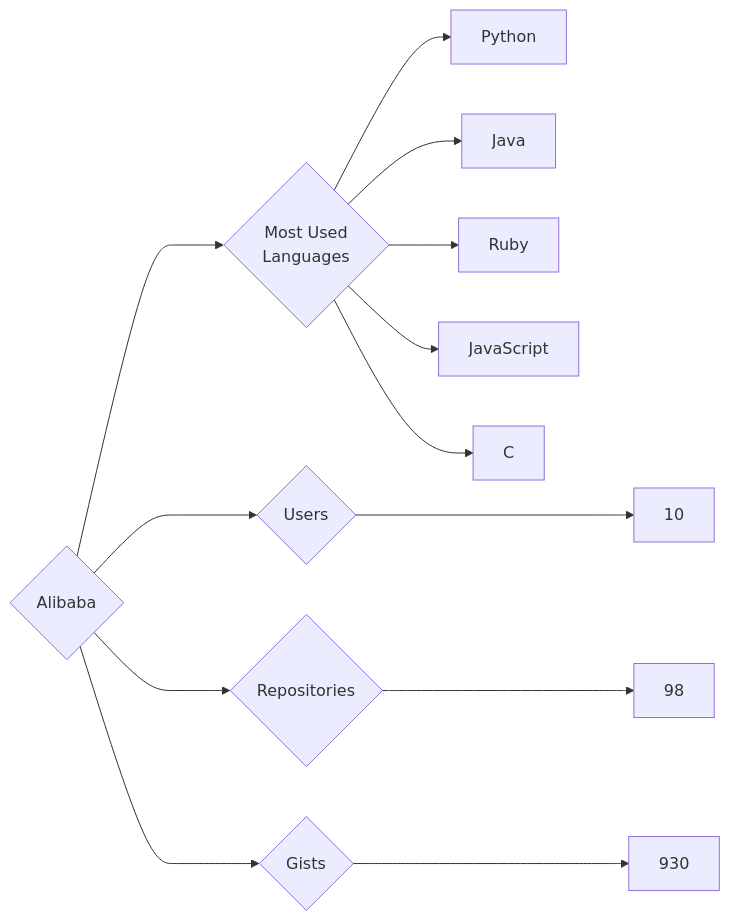
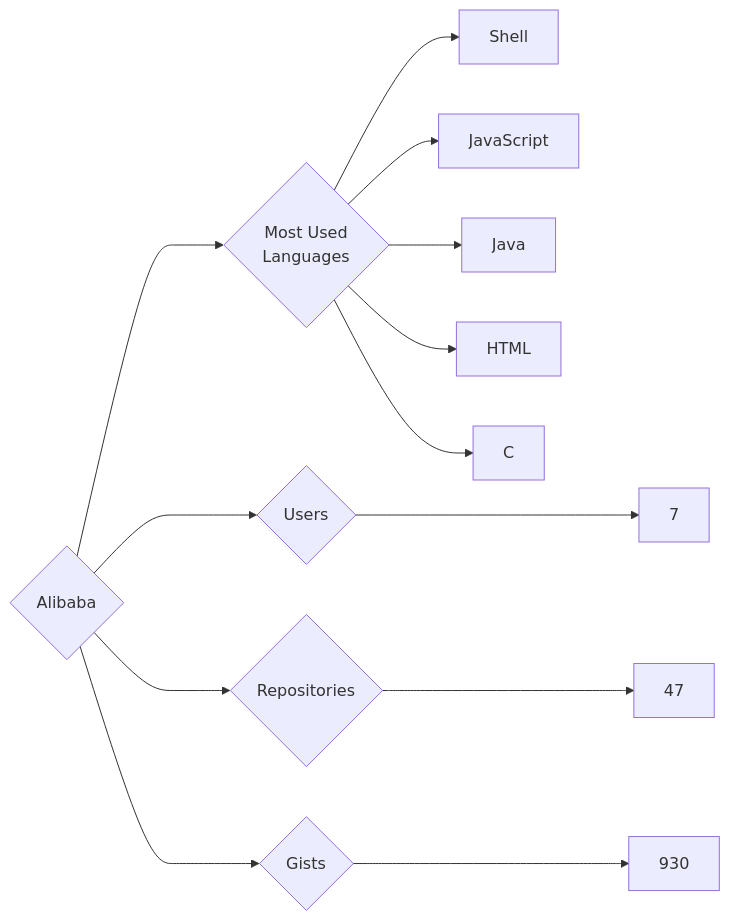
Before and after one commit to trickest/insiders: the diagram in targets/Alibaba/README.md, drawn with Mermaid. The commit also changed 840 other files, not shown here.

````diff
--- a/targets/Alibaba/README.md
+++ b/targets/Alibaba/README.md
@@ -3,13 +3,13 @@
 ```mermaid
 graph LR
 COMPANY_NAME{Alibaba}
-COMPANY_NAME ---> U{Users} ---> UN[10]
-COMPANY_NAME ---> R{Repositories} ---> RN[98]
+COMPANY_NAME ---> U{Users} ---> UN[7]
+COMPANY_NAME ---> R{Repositories} ---> RN[47]
 COMPANY_NAME ---> G{Gists} ---> GN[930]
 COMPANY_NAME ---> ML{Most Used<br>Languages}
-ML --> Python[Python]
+ML --> Shell[Shell]
+ML --> JavaScript[JavaScript]
 ML --> Java[Java]
-ML --> Ruby[Ruby]
-ML --> JavaScript[JavaScript]
+ML --> HTML[HTML]
 ML --> C[C]
 ```
````
